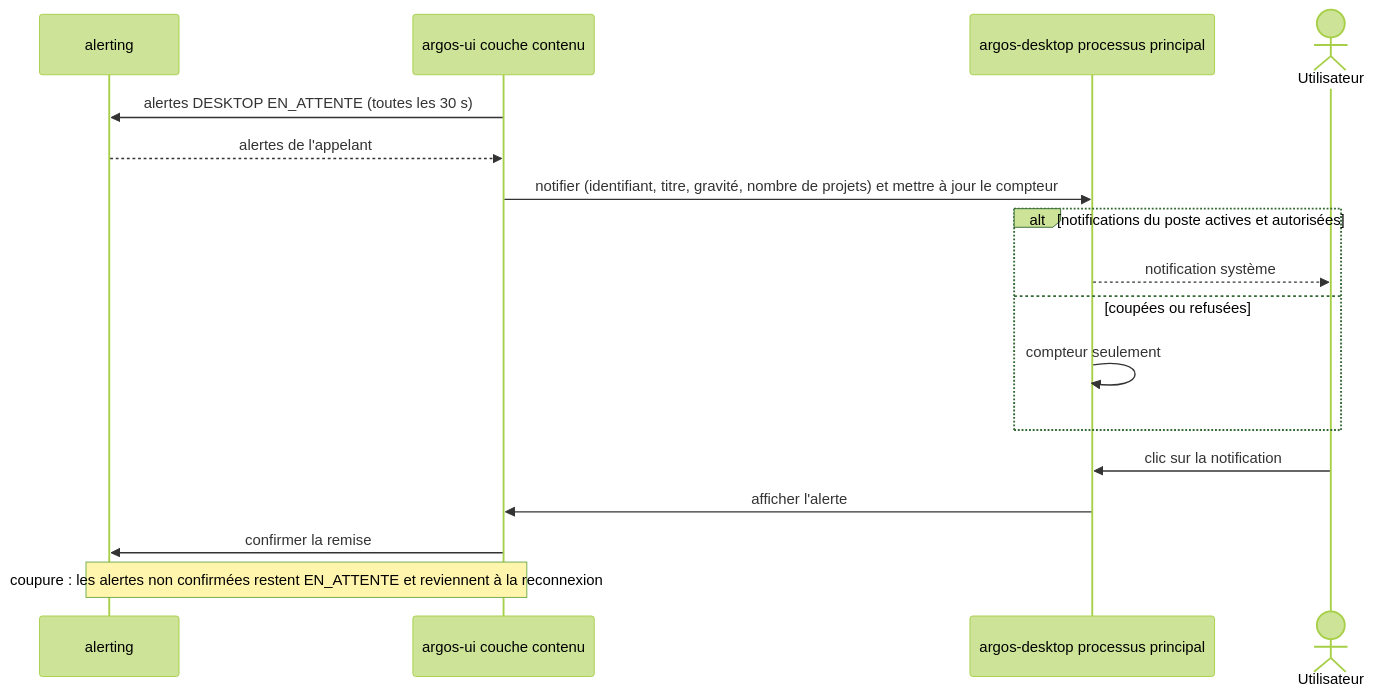
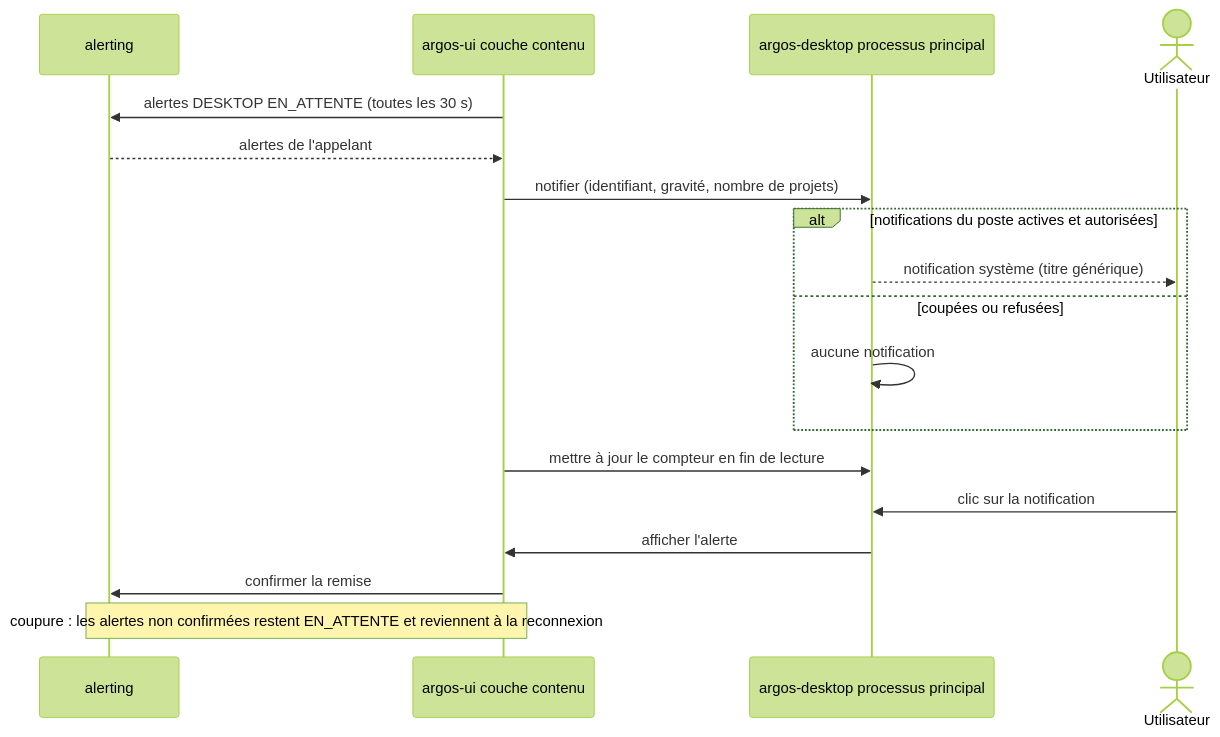
Before and after one commit to FTurleque/argos-tech-platform: the diagram in openspec/changes/notifier-sur-le-poste/design.md, drawn with Mermaid (forest theme). The commit also changed other lines of this file and 14 other files, not shown here.

First line of the commit message:
fix(notifications-poste): titre générique, absence de doublon après rechargement et réglages bornés

````diff
--- a/openspec/changes/notifier-sur-le-poste/design.md
+++ b/openspec/changes/notifier-sur-le-poste/design.md
@@ -52,19 +52,20 @@
 ```mermaid
 sequenceDiagram
     participant AL as alerting
     participant UI as argos-ui couche contenu
     participant D as argos-desktop processus principal
     actor U as Utilisateur
     UI->>AL: alertes DESKTOP EN_ATTENTE (toutes les 30 s)
     AL-->>UI: alertes de l'appelant
-    UI->>D: notifier (identifiant, titre, gravité, nombre de projets) et mettre à jour le compteur
+    UI->>D: notifier (identifiant, gravité, nombre de projets)
     alt notifications du poste actives et autorisées
-        D-->>U: notification système
+        D-->>U: notification système (titre générique)
     else coupées ou refusées
-        D->>D: compteur seulement
+        D->>D: aucune notification
     end
+    UI->>D: mettre à jour le compteur en fin de lecture
     U->>D: clic sur la notification
     D->>UI: afficher l'alerte
     UI->>AL: confirmer la remise
     Note over UI,AL: coupure : les alertes non confirmées restent EN_ATTENTE et reviennent à la reconnexion
 ```
````
